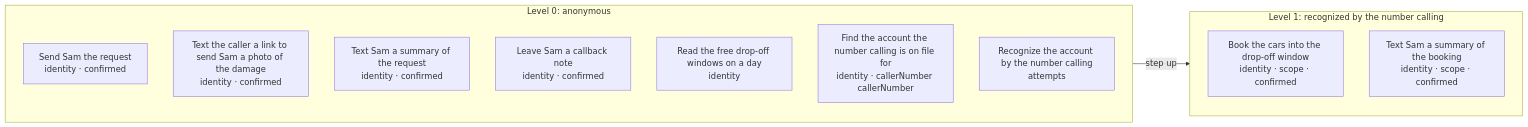
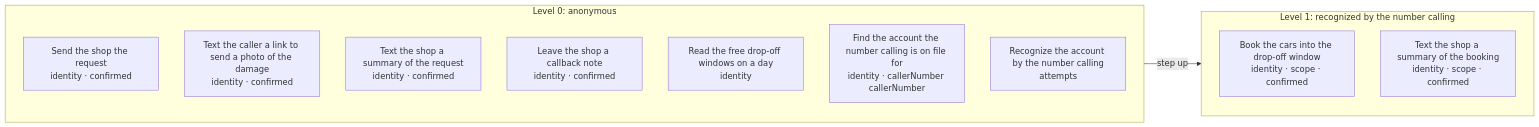
The second of 2 diagrams in apps/wheelshop/POLICY.md (DialogWright/dialogwright), drawn with Mermaid before and after one commit. The commit also changed other lines of this file and 20 other files, not shown here.

````diff
--- a/apps/wheelshop/POLICY.md
+++ b/apps/wheelshop/POLICY.md
@@ -146,17 +146,17 @@
 ```mermaid
 flowchart LR
   subgraph lv0["Level 0: anonymous"]
-    a_request["Send Sam the request<br/>identity · confirmed"]
-    a_send_photo_link["Text the caller a link to send Sam a photo of the damage<br/>identity · confirmed"]
-    a_notify_owner_request["Text Sam a summary of the request<br/>identity · confirmed"]
-    a_callback["Leave Sam a callback note<br/>identity · confirmed"]
+    a_request["Send the shop the request<br/>identity · confirmed"]
+    a_send_photo_link["Text the caller a link to send a photo of the damage<br/>identity · confirmed"]
+    a_notify_owner_request["Text the shop a summary of the request<br/>identity · confirmed"]
+    a_callback["Leave the shop a callback note<br/>identity · confirmed"]
     a_availability["Read the free drop-off windows on a day<br/>identity"]
     a_lookupAccount["Find the account the number calling is on file for<br/>identity · callerNumber callerNumber"]
     a_recognizeAccount["Recognize the account by the number calling<br/>attempts"]
   end
   subgraph lv1["Level 1: recognized by the number calling"]
     a_book["Book the cars into the drop-off window<br/>identity · scope · confirmed"]
-    a_notify_owner_booking["Text Sam a summary of the booking<br/>identity · scope · confirmed"]
+    a_notify_owner_booking["Text the shop a summary of the booking<br/>identity · scope · confirmed"]
   end
   lv0 -->|"step up"| lv1
 ```
````
